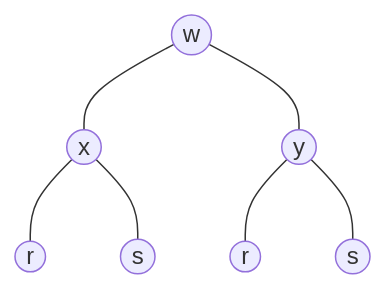
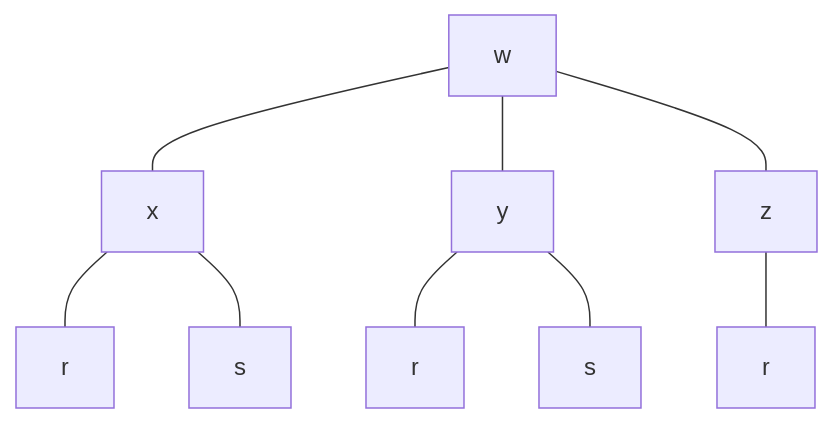
Before and after one commit to udsfgecw/website: the third of 4 diagrams in src/features/notes/maths-module-2/notes.md, drawn with Mermaid. The commit also changed other lines of this file and 10 other files, not shown here.

````diff
--- a/src/features/notes/maths-module-2/notes.md
+++ b/src/features/notes/maths-module-2/notes.md
@@ -1130,9 +805,11 @@
 ```mermaid
 flowchart TD
-    w((w)) --- x((x))
-    w --- y((y))
-    x --- r1((r))
-    x --- s1((s))
-    y --- r2((r))
-    y --- s2((s))
+    W[w] --- X[x]
+    W --- Y[y]
+    W --- Z[z]
+    X --- R1[r]
+    X --- S1[s]
+    Y --- R2[r]
+    Y --- S2[s]
+    Z --- R3[r]
 ```
````
